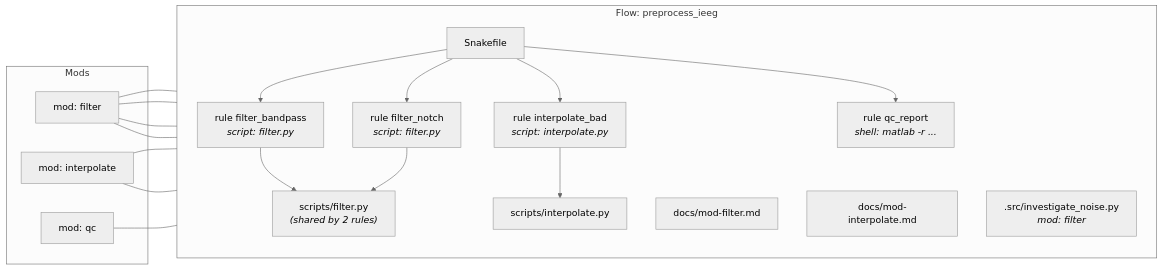
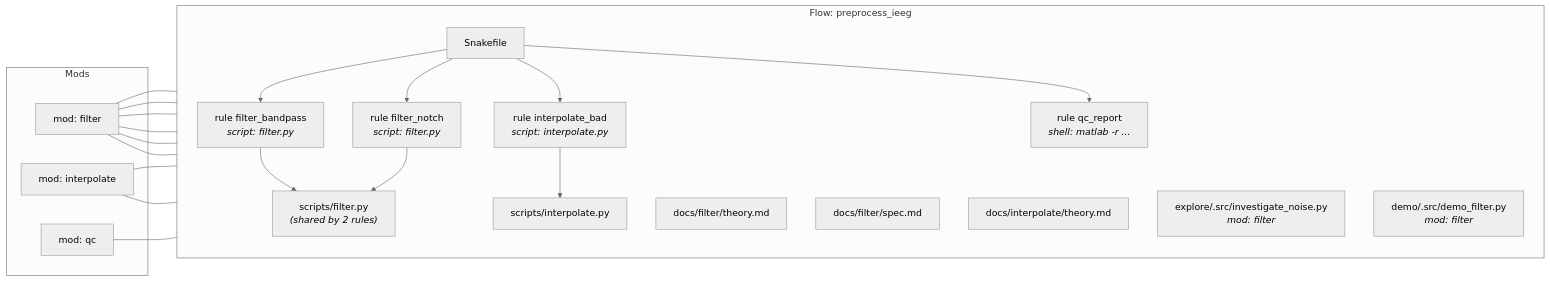
The second of 5 diagrams in docs/specs/pipeio/ontology.md (arashshahidi1997/projio), drawn with Mermaid (neutral theme) before and after one commit. The commit also changed other lines of this file, not shown here.

Commit message:
Ontology: explore/demo notebook workspaces, mod doc facets, manifest.yml, publish.yml, git-linked scripts

````diff
--- a/docs/specs/pipeio/ontology.md
+++ b/docs/specs/pipeio/ontology.md
@@ -126,33 +258,35 @@
 ```mermaid
 graph LR
     subgraph "Flow: preprocess_ieeg"
         direction TB
         SF["Snakefile"]
         R1["rule filter_bandpass<br/><i>script: filter.py</i>"]
         R2["rule filter_notch<br/><i>script: filter.py</i>"]
         R3["rule interpolate_bad<br/><i>script: interpolate.py</i>"]
         R4["rule qc_report<br/><i>shell: matlab -r ...</i>"]
         S1["scripts/filter.py<br/><i>(shared by 2 rules)</i>"]
         S2["scripts/interpolate.py"]
-        D1["docs/mod-filter.md"]
-        D2["docs/mod-interpolate.md"]
-        NB1[".src/investigate_noise.py<br/><i>mod: filter</i>"]
+        T1["docs/filter/theory.md"]
+        SP1["docs/filter/spec.md"]
+        T2["docs/interpolate/theory.md"]
+        NB1["explore/.src/investigate_noise.py<br/><i>mod: filter</i>"]
+        NB2["demo/.src/demo_filter.py<br/><i>mod: filter</i>"]
     end
 
     subgraph "Mods"
         M1["mod: filter"]
         M2["mod: interpolate"]
         M3["mod: qc"]
     end
 
     SF --> R1 & R2 & R3 & R4
     R1 --> S1
     R2 --> S1
     R3 --> S2
     M1 --- R1 & R2
     M2 --- R3
     M3 --- R4
-    M1 --- D1
-    M2 --- D2
-    M1 --- NB1
+    M1 --- T1 & SP1
+    M2 --- T2
+    M1 --- NB1 & NB2
 ```
````
